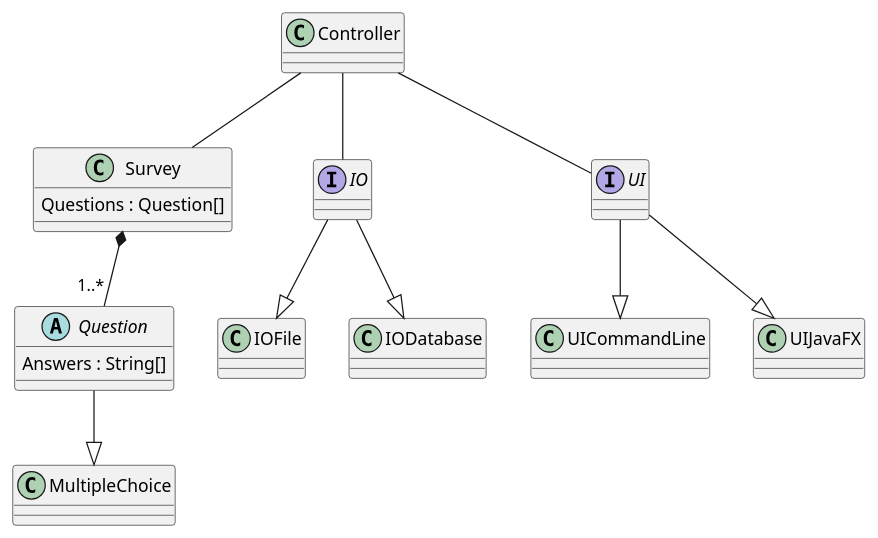
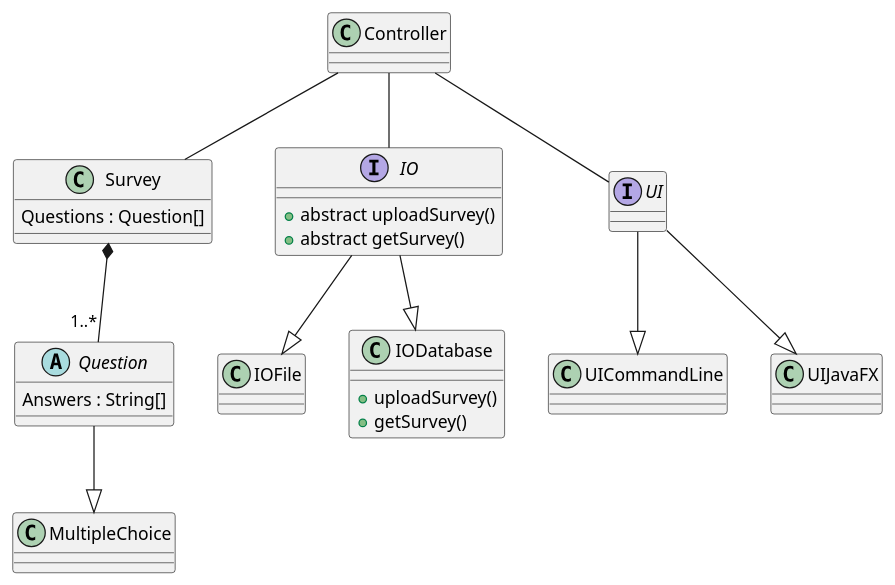
Before and after one commit to DeRp-DaWg/SP4: the diagram in doc/Class Diagram.puml, drawn with PlantUML.

```diff
--- a/doc/Class Diagram.puml
+++ b/doc/Class Diagram.puml
@@ -1,52 +1,56 @@
 @startuml
 'https://plantuml.com/class-diagram
 
 abstract class Question {
     Answers : String[]
 }
 
 class MultipleChoice {
 }
 
 'class CheckboxChoice {'
 '}'
 
 Question --|> MultipleChoice
 'Question --|> CheckboxChoice'
 
 class Survey {
     Questions : Question[]
 }
 
 Survey *--"1..*" Question
 
 interface IO {
++abstract uploadSurvey()
++abstract getSurvey()
 }
 
 class IOFile {
 }
 
 class IODatabase {
++uploadSurvey()
++getSurvey()
 }
 
 IO --|> IOFile
 IO --|> IODatabase
 
 interface UI {
 }
 
 class UICommandLine {
 }
 
 UI --|> UICommandLine
 UI --|> UIJavaFX
 
 class Controller {
 }
 
 Controller -- Survey
 Controller -- IO
 Controller -- UI
 
 
 @enduml
```
